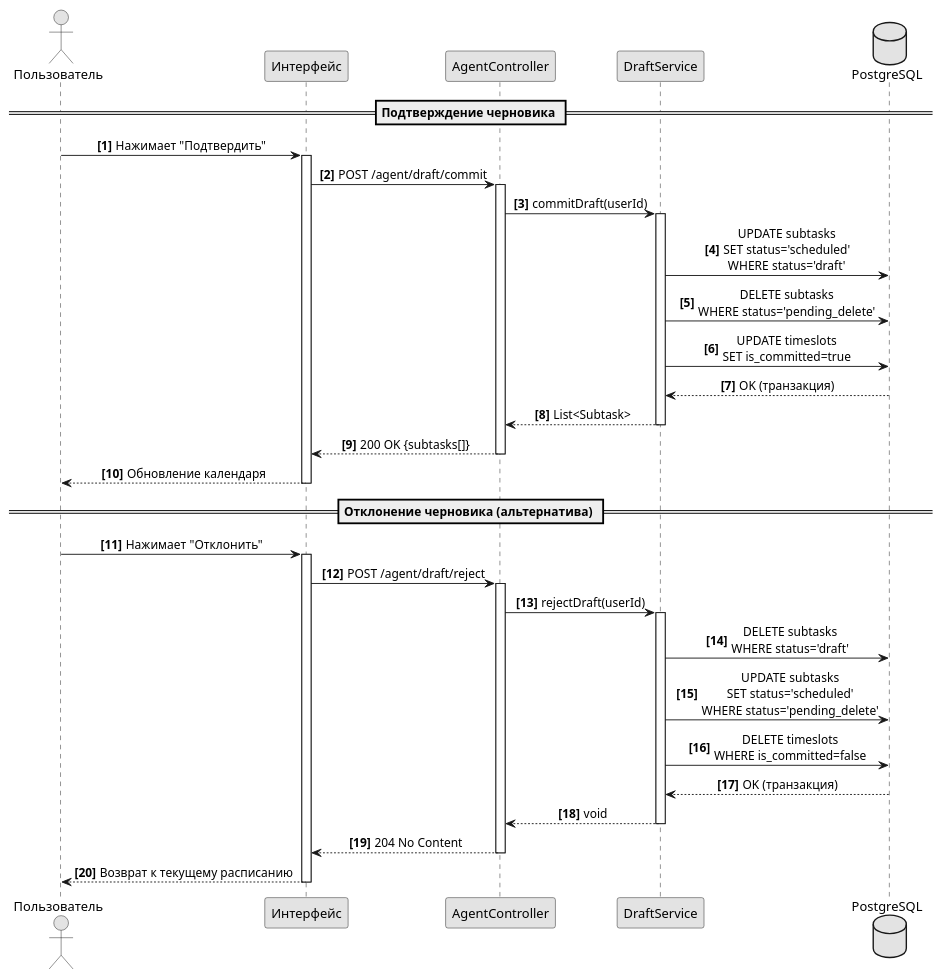
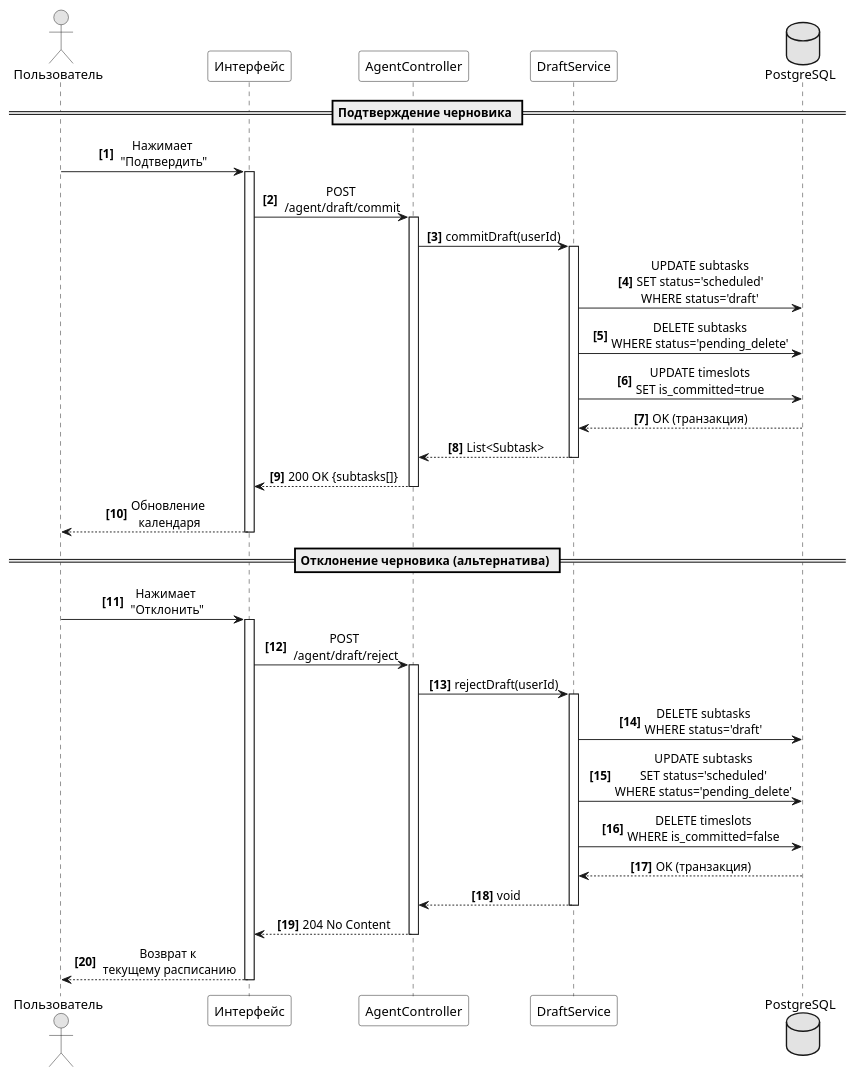
One commit to Hohichh/Diploma-project-notes changed the diagram in diagrams/v2/seq/sequence_commit_v2.puml. Above: the diagram before and after it, drawn with PlantUML. The commit also changed 58 other files, not shown here.

```diff
--- a/diagrams/v2/seq/sequence_commit_v2.puml
+++ b/diagrams/v2/seq/sequence_commit_v2.puml
@@ -1,59 +1,60 @@
 @startuml
 skinparam monochrome true
 skinparam shadowing false
 skinparam sequenceMessageAlign center
 skinparam defaultFontName Arial
+skinparam ParticipantBackgroundColor transparent
 
 autonumber "<b>[0]</b>"
 
 actor "Пользователь" as User
 participant "Интерфейс" as UI
 participant "AgentController" as Ctrl
 participant "DraftService" as Draft
 database "PostgreSQL" as DB
 
 == Подтверждение черновика ==
 
-User -> UI : Нажимает "Подтвердить"
+User -> UI : Нажимает\n "Подтвердить"
 activate UI
-UI -> Ctrl : POST /agent/draft/commit
+UI -> Ctrl : POST\n /agent/draft/commit
 activate Ctrl
 Ctrl -> Draft : commitDraft(userId)
 activate Draft
 
 Draft -> DB : UPDATE subtasks\nSET status='scheduled'\nWHERE status='draft'
 Draft -> DB : DELETE subtasks\nWHERE status='pending_delete'
 Draft -> DB : UPDATE timeslots\nSET is_committed=true
 
 DB --> Draft : OK (транзакция)
 Draft --> Ctrl : List<Subtask>
 deactivate Draft
 
 Ctrl --> UI : 200 OK {subtasks[]}
 deactivate Ctrl
-UI --> User : Обновление календаря
+UI --> User : Обновление\n календаря
 deactivate UI
 
 == Отклонение черновика (альтернатива) ==
 
-User -> UI : Нажимает "Отклонить"
+User -> UI : Нажимает\n "Отклонить"
 activate UI
-UI -> Ctrl : POST /agent/draft/reject
+UI -> Ctrl : POST\n /agent/draft/reject
 activate Ctrl
 Ctrl -> Draft : rejectDraft(userId)
 activate Draft
 
 Draft -> DB : DELETE subtasks\nWHERE status='draft'
 Draft -> DB : UPDATE subtasks\nSET status='scheduled'\nWHERE status='pending_delete'
 Draft -> DB : DELETE timeslots\nWHERE is_committed=false
 
 DB --> Draft : OK (транзакция)
 Draft --> Ctrl : void
 deactivate Draft
 
 Ctrl --> UI : 204 No Content
 deactivate Ctrl
-UI --> User : Возврат к текущему расписанию
+UI --> User : Возврат к\n текущему расписанию
 deactivate UI
 
 @enduml
```
